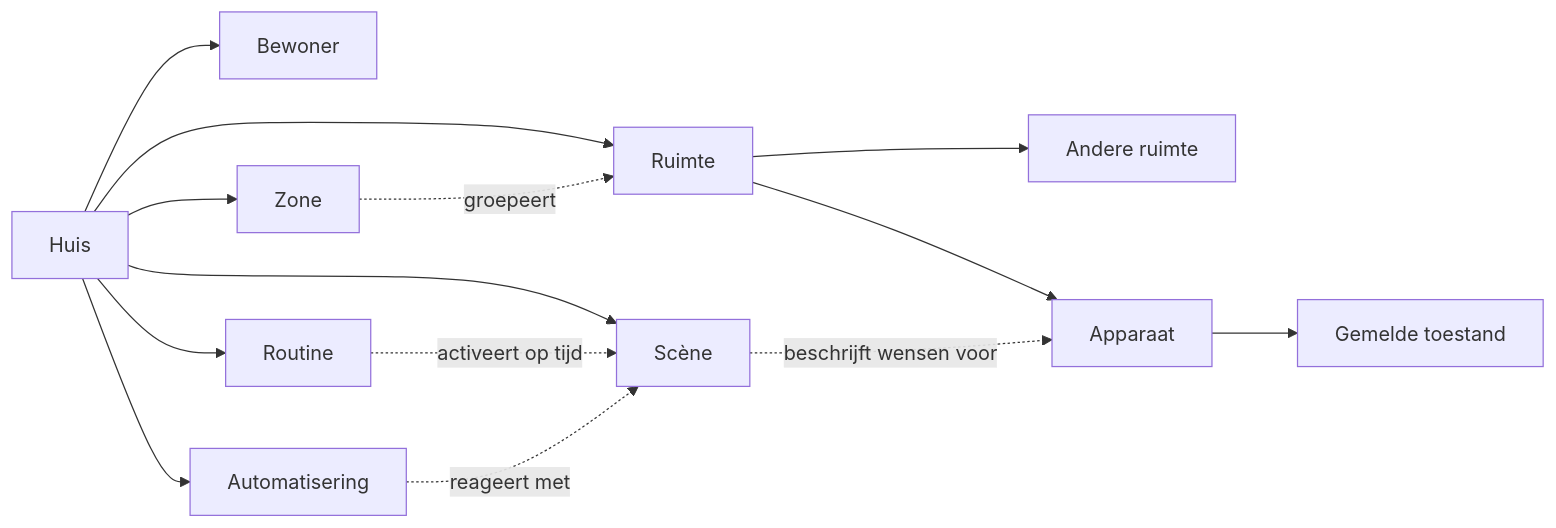
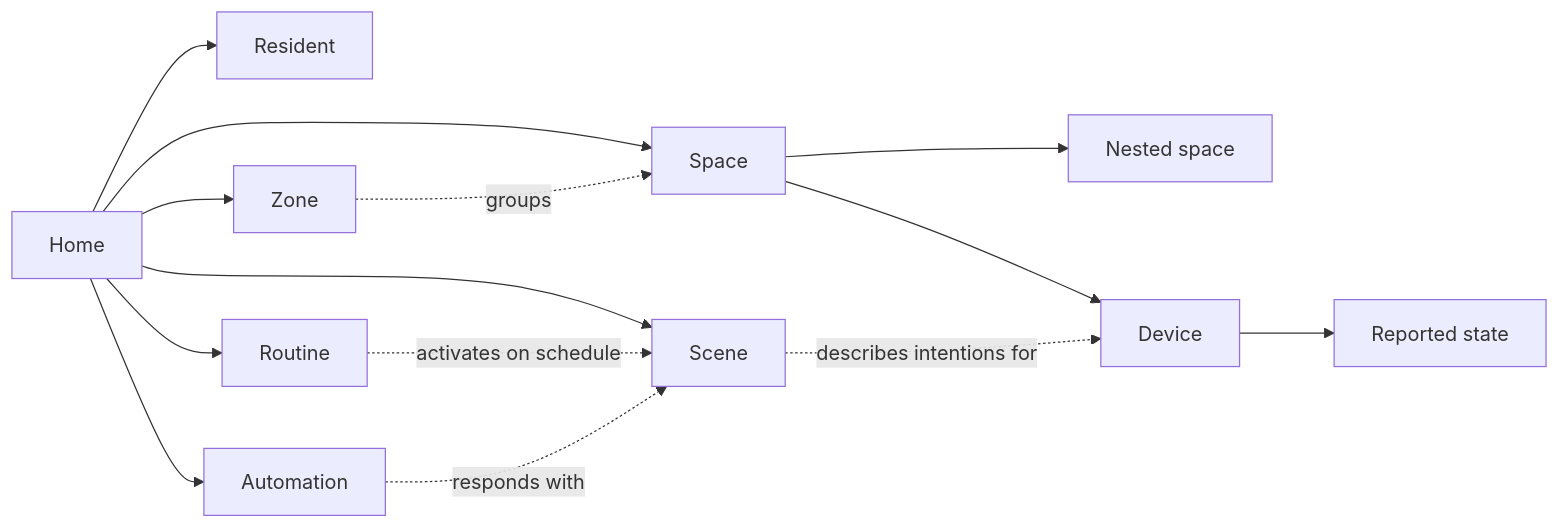
Before and after one commit to fluxzero-io/fluxzero-sample-home: the diagram in README.md, drawn with Mermaid. The commit also changed other lines of this file and 21 other files, not shown here.

````diff
--- a/README.md
+++ b/README.md
@@ -7,16 +7,16 @@
 ```mermaid
 flowchart LR
-    Home[Huis] --> Space[Ruimte]
-    Space --> Nested[Andere ruimte]
-    Space --> Device[Apparaat]
-    Device --> Status[Gemelde toestand]
-    Home --> Resident[Bewoner]
+    Home[Home] --> Space[Space]
+    Space --> Nested[Nested space]
+    Space --> Device[Device]
+    Device --> Status[Reported state]
+    Home --> Resident[Resident]
     Home --> Zone[Zone]
-    Home --> Scene[Scène]
+    Home --> Scene[Scene]
     Home --> Routine[Routine]
-    Home --> Automation[Automatisering]
-    Zone -. groepeert .-> Space
-    Scene -. beschrijft wensen voor .-> Device
-    Routine -. activeert op tijd .-> Scene
-    Automation -. reageert met .-> Scene
+    Home --> Automation[Automation]
+    Zone -. groups .-> Space
+    Scene -. describes intentions for .-> Device
+    Routine -. activates on schedule .-> Scene
+    Automation -. responds with .-> Scene
 ```
````
